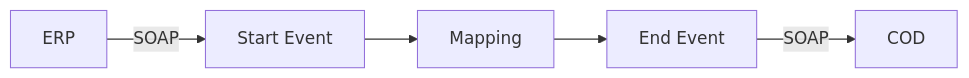
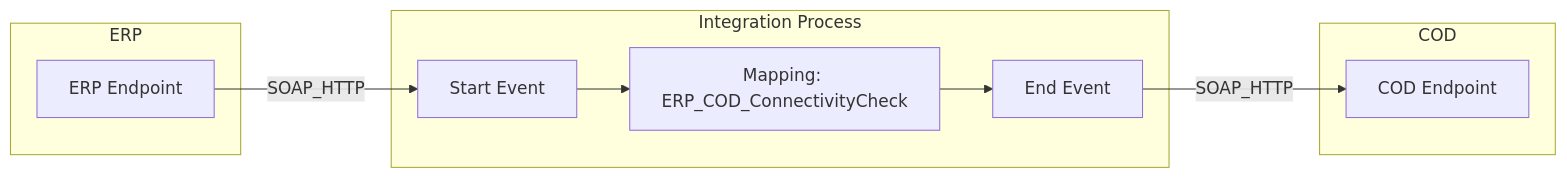
The diagram in REPSOL - Demo IA Docs/Check_Connectivity_from_SAP_Business_Suite_-_REPSOL/1.0.4/readme.md (Avvale-IA-CICD/AvvaleCPI), drawn with Mermaid before and after one commit. The commit also changed other lines of this file, not shown here.

Commit message:
docs: Add/update version README for REPSOL - Demo IA Docs/Check_Connectivity_from_SAP_Business_Suite_-_REPSOL/1.0.4

````diff
--- a/REPSOL - Demo IA Docs/Check_Connectivity_from_SAP_Business_Suite_-_REPSOL/1.0.4/readme.md
+++ b/REPSOL - Demo IA Docs/Check_Connectivity_from_SAP_Business_Suite_-_REPSOL/1.0.4/readme.md
@@ -4,13 +4,16 @@
 ```mermaid
 graph LR
-    ERP[ERP]
-    COD[COD]
-    StartEvent[Start Event]
-    Mapping[Mapping]
-    EndEvent[End Event]
+    subgraph ERP [ERP]
+        ERP_Endpoint[ERP Endpoint]
+    end
+    subgraph Integration_Process [Integration Process]
+        Start[Start Event] --> Mapping[Mapping: ERP_COD_ConnectivityCheck]
+        Mapping --> End[End Event]
+    end
+    subgraph COD [COD]
+        COD_Endpoint[COD Endpoint]
+    end
 
-    ERP -- SOAP --> StartEvent
-    StartEvent --> Mapping
-    Mapping --> EndEvent
-    EndEvent -- SOAP --> COD
+    ERP_Endpoint -- SOAP_HTTP --> Start
+    End -- SOAP_HTTP --> COD_Endpoint
 ```
````
